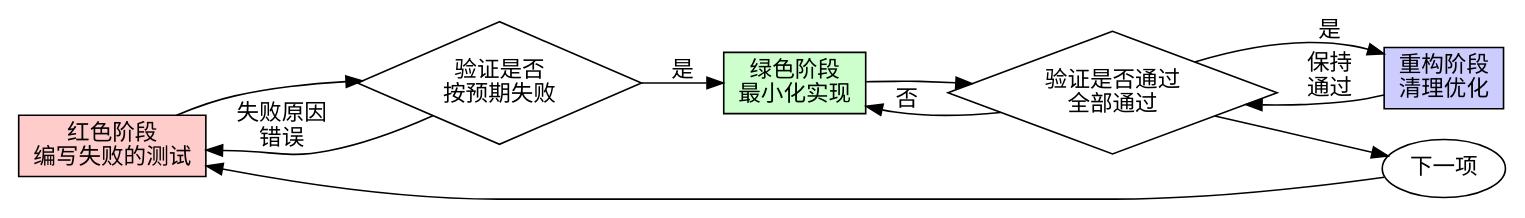
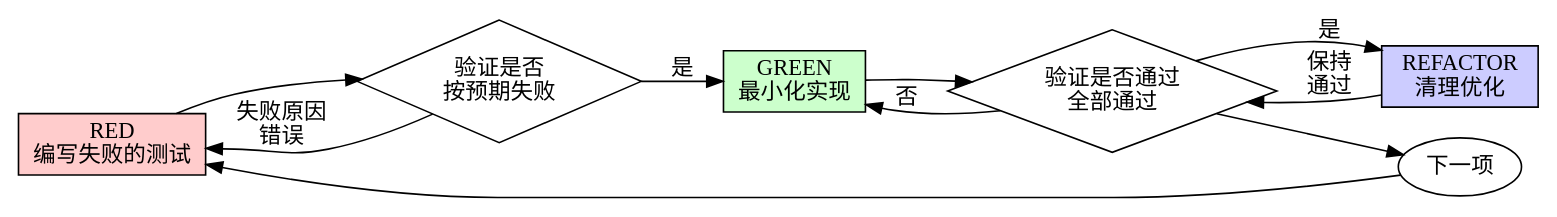
One commit to Wenaixi/dsh-superpower changed the diagram in skills/test-driven-development/SKILL.md. Above: the diagram before and after it, drawn with Graphviz. The commit also changed other lines of this file and 9 other files, not shown here.

First line of the commit message:
fix: 深审修复——agent/worktree/workspace 术语、RED-GREEN-REFACTOR 回英文、错译与排版

````diff
--- a/skills/test-driven-development/SKILL.md
+++ b/skills/test-driven-development/SKILL.md
@@ -51,21 +51,21 @@
 ```dot
 digraph tdd_cycle {
     rankdir=LR;
-    red [label="红色阶段\n编写失败的测试", shape=box, style=filled, fillcolor="#ffcccc"];
+    red [label="RED\n编写失败的测试", shape=box, style=filled, fillcolor="#ffcccc"];
     verify_red [label="验证是否\n按预期失败", shape=diamond];
-    green [label="绿色阶段\n最小化实现", shape=box, style=filled, fillcolor="#ccffcc"];
+    green [label="GREEN\n最小化实现", shape=box, style=filled, fillcolor="#ccffcc"];
     verify_green [label="验证是否通过\n全部通过", shape=diamond];
-    refactor [label="重构阶段\n清理优化", shape=box, style=filled, fillcolor="#ccccff"];
+    refactor [label="REFACTOR\n清理优化", shape=box, style=filled, fillcolor="#ccccff"];
     next [label="下一项", shape=ellipse];
 
     red -> verify_red;
     verify_red -> green [label="是"];
     verify_red -> red [label="失败原因\n错误"];
     green -> verify_green;
     verify_green -> refactor [label="是"];
     verify_green -> green [label="否"];
     refactor -> verify_green [label="保持\n通过"];
     verify_green -> next;
     next -> red;
 }
 ```
````
